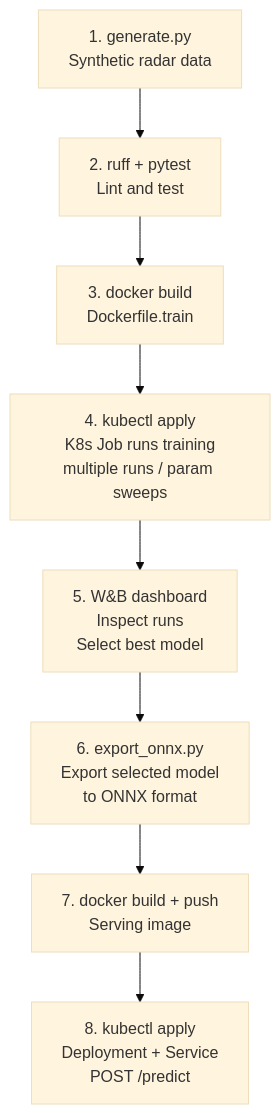
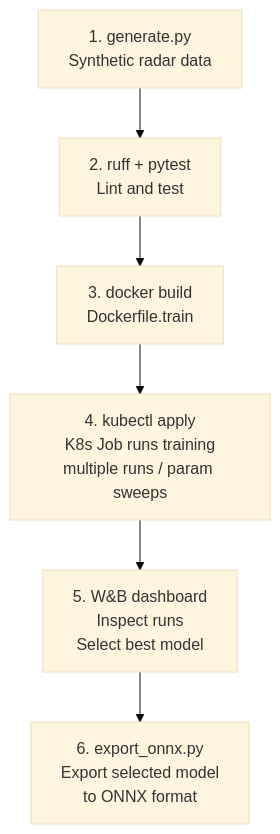
One commit to Michael-Bach/weibel-mlops-demo changed the diagram in README.md. Above: the diagram before and after it, drawn with Mermaid (base theme). The commit also changed other lines of this file, not shown here.

First line of the commit message:
Restructure README to reflect edge deployment target

````diff
--- a/README.md
+++ b/README.md
@@ -10,10 +10,8 @@
 ```mermaid
 flowchart TD
     G[1. generate.py\nSynthetic radar data] --> T[2. ruff + pytest\nLint and test]
     T --> D[3. docker build\nDockerfile.train]
     D --> K[4. kubectl apply\nK8s Job runs training\nmultiple runs / param sweeps]
     K --> WB[5. W&B dashboard\nInspect runs\nSelect best model]
     WB --> X[6. export_onnx.py\nExport selected model\nto ONNX format]
-    X --> S[7. docker build + push\nServing image]
-    S --> KS[8. kubectl apply\nDeployment + Service\nPOST /predict]
 ```
````
